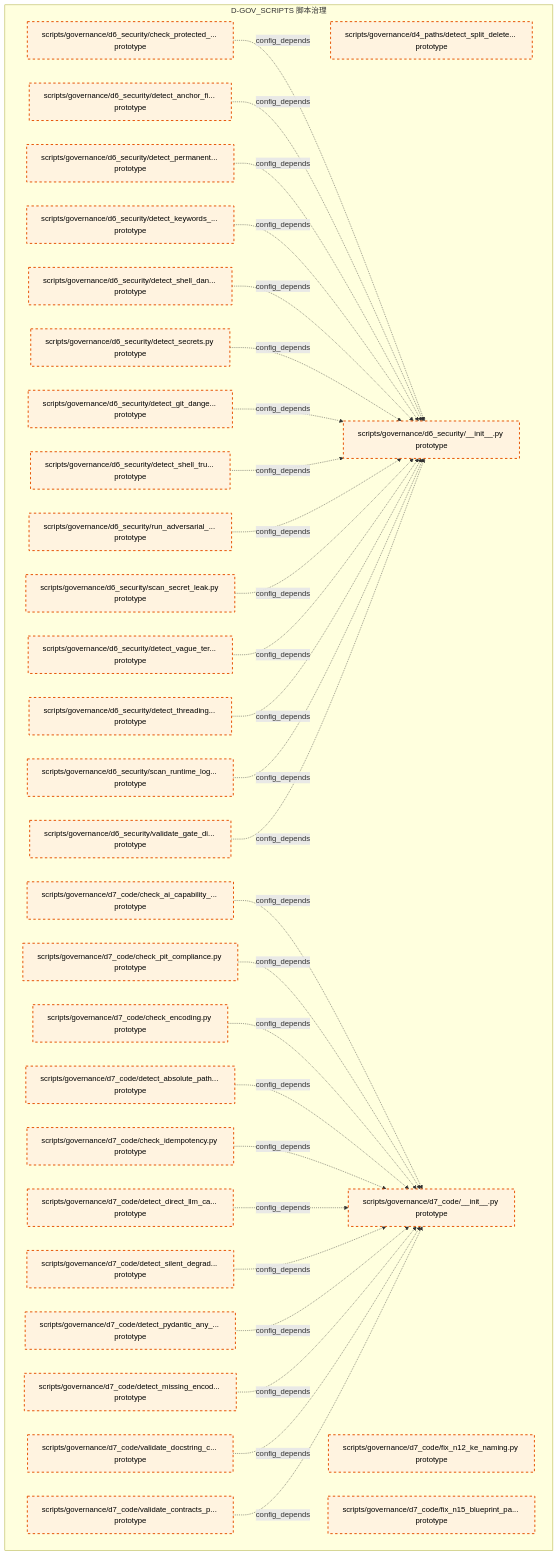
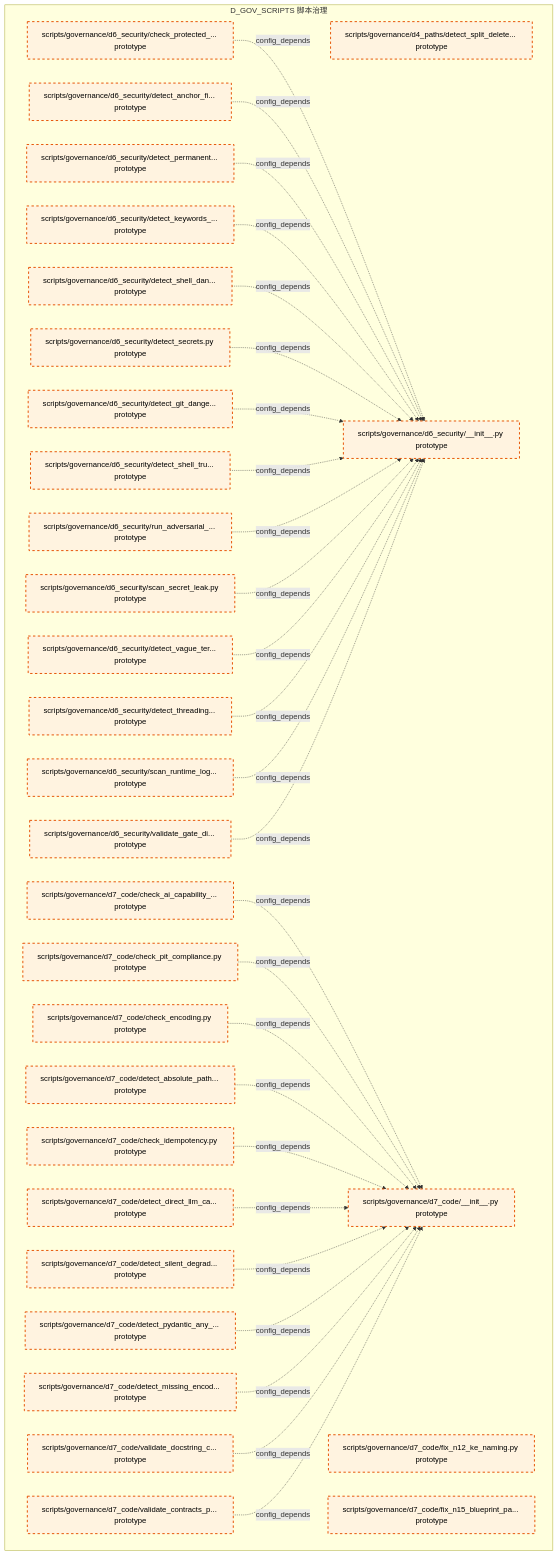
Before and after one commit to xuanFelixVan/ZephyrAlpha: the eighth of 14 diagrams in docs/02_enterprise_architecture/02_domain_architecture_docs/39_d_gov_scripts.md, drawn with Mermaid. The commit also changed other lines of this file and 106 other files, not shown here.

````diff
--- a/docs/02_enterprise_architecture/02_domain_architecture_docs/39_d_gov_scripts.md
+++ b/docs/02_enterprise_architecture/02_domain_architecture_docs/39_d_gov_scripts.md
@@ -517,65 +517,65 @@
 ```mermaid
 graph TD
-    subgraph D_GOV_SCRIPTS["D-GOV_SCRIPTS 脚本治理"]
+    subgraph D_GOV_SCRIPTS["D_GOV_SCRIPTS 脚本治理"]
         scripts_governance_d4_paths_detect_split_delete_ref_commit_py["scripts/governance/d4_paths/detect_split_delete... prototype"]
         scripts_governance_d6_security_init_py["scripts/governance/d6_security/__init__.py prototype"]
         scripts_governance_d6_security_check_protected_paths_py["scripts/governance/d6_security/check_protected_... prototype"]
         scripts_governance_d6_security_detect_anchor_file_deletion_py["scripts/governance/d6_security/detect_anchor_fi... prototype"]
         scripts_governance_d6_security_detect_git_dangerous_py["scripts/governance/d6_security/detect_git_dange... prototype"]
         scripts_governance_d6_security_detect_keywords_in_logs_py["scripts/governance/d6_security/detect_keywords_... prototype"]
         scripts_governance_d6_security_detect_permanent_file_deletion_py["scripts/governance/d6_security/detect_permanent... prototype"]
         scripts_governance_d6_security_detect_secrets_py["scripts/governance/d6_security/detect_secrets.py prototype"]
         scripts_governance_d6_security_detect_shell_dangerous_py["scripts/governance/d6_security/detect_shell_dan... prototype"]
         scripts_governance_d6_security_detect_shell_true_py["scripts/governance/d6_security/detect_shell_tru... prototype"]
         scripts_governance_d6_security_detect_threading_lock_py["scripts/governance/d6_security/detect_threading... prototype"]
         scripts_governance_d6_security_detect_vague_terms_py["scripts/governance/d6_security/detect_vague_ter... prototype"]
         scripts_governance_d6_security_run_adversarial_checks_py["scripts/governance/d6_security/run_adversarial_... prototype"]
         scripts_governance_d6_security_scan_runtime_log_secrets_py["scripts/governance/d6_security/scan_runtime_log... prototype"]
         scripts_governance_d6_security_scan_secret_leak_py["scripts/governance/d6_security/scan_secret_leak.py prototype"]
         scripts_governance_d6_security_validate_gate_discipline_py["scripts/governance/d6_security/validate_gate_di... prototype"]
         scripts_governance_d7_code_init_py["scripts/governance/d7_code/__init__.py prototype"]
         scripts_governance_d7_code_check_ai_capability_boundary_py["scripts/governance/d7_code/check_ai_capability_... prototype"]
         scripts_governance_d7_code_check_encoding_py["scripts/governance/d7_code/check_encoding.py prototype"]
         scripts_governance_d7_code_check_idempotency_py["scripts/governance/d7_code/check_idempotency.py prototype"]
         scripts_governance_d7_code_check_pit_compliance_py["scripts/governance/d7_code/check_pit_compliance.py prototype"]
         scripts_governance_d7_code_detect_absolute_path_hardcoding_py["scripts/governance/d7_code/detect_absolute_path... prototype"]
         scripts_governance_d7_code_detect_direct_llm_calls_py["scripts/governance/d7_code/detect_direct_llm_ca... prototype"]
         scripts_governance_d7_code_detect_missing_encoding_py["scripts/governance/d7_code/detect_missing_encod... prototype"]
         scripts_governance_d7_code_detect_pydantic_any_fields_py["scripts/governance/d7_code/detect_pydantic_any_... prototype"]
         scripts_governance_d7_code_detect_silent_degradation_py["scripts/governance/d7_code/detect_silent_degrad... prototype"]
         scripts_governance_d7_code_fix_n12_ke_naming_py["scripts/governance/d7_code/fix_n12_ke_naming.py prototype"]
         scripts_governance_d7_code_fix_n15_blueprint_path_py["scripts/governance/d7_code/fix_n15_blueprint_pa... prototype"]
         scripts_governance_d7_code_validate_contracts_purity_py["scripts/governance/d7_code/validate_contracts_p... prototype"]
         scripts_governance_d7_code_validate_docstring_coverage_py["scripts/governance/d7_code/validate_docstring_c... prototype"]
     end
     scripts_governance_d6_security_check_protected_paths_py -.->|config_depends| scripts_governance_d6_security_init_py
     scripts_governance_d6_security_detect_anchor_file_deletion_py -.->|config_depends| scripts_governance_d6_security_init_py
     scripts_governance_d6_security_detect_permanent_file_deletion_py -.->|config_depends| scripts_governance_d6_security_init_py
     scripts_governance_d6_security_detect_keywords_in_logs_py -.->|config_depends| scripts_governance_d6_security_init_py
     scripts_governance_d6_security_detect_shell_dangerous_py -.->|config_depends| scripts_governance_d6_security_init_py
     scripts_governance_d6_security_detect_secrets_py -.->|config_depends| scripts_governance_d6_security_init_py
     scripts_governance_d6_security_detect_git_dangerous_py -.->|config_depends| scripts_governance_d6_security_init_py
     scripts_governance_d6_security_detect_shell_true_py -.->|config_depends| scripts_governance_d6_security_init_py
     scripts_governance_d6_security_run_adversarial_checks_py -.->|config_depends| scripts_governance_d6_security_init_py
     scripts_governance_d6_security_scan_secret_leak_py -.->|config_depends| scripts_governance_d6_security_init_py
     scripts_governance_d6_security_detect_vague_terms_py -.->|config_depends| scripts_governance_d6_security_init_py
     scripts_governance_d6_security_detect_threading_lock_py -.->|config_depends| scripts_governance_d6_security_init_py
     scripts_governance_d6_security_scan_runtime_log_secrets_py -.->|config_depends| scripts_governance_d6_security_init_py
     scripts_governance_d6_security_validate_gate_discipline_py -.->|config_depends| scripts_governance_d6_security_init_py
     scripts_governance_d7_code_check_ai_capability_boundary_py -.->|config_depends| scripts_governance_d7_code_init_py
     scripts_governance_d7_code_check_pit_compliance_py -.->|config_depends| scripts_governance_d7_code_init_py
     scripts_governance_d7_code_check_encoding_py -.->|config_depends| scripts_governance_d7_code_init_py
     scripts_governance_d7_code_detect_absolute_path_hardcoding_py -.->|config_depends| scripts_governance_d7_code_init_py
     scripts_governance_d7_code_check_idempotency_py -.->|config_depends| scripts_governance_d7_code_init_py
     scripts_governance_d7_code_detect_direct_llm_calls_py -.->|config_depends| scripts_governance_d7_code_init_py
     scripts_governance_d7_code_detect_silent_degradation_py -.->|config_depends| scripts_governance_d7_code_init_py
     scripts_governance_d7_code_detect_pydantic_any_fields_py -.->|config_depends| scripts_governance_d7_code_init_py
     scripts_governance_d7_code_detect_missing_encoding_py -.->|config_depends| scripts_governance_d7_code_init_py
     scripts_governance_d7_code_validate_docstring_coverage_py -.->|config_depends| scripts_governance_d7_code_init_py
     scripts_governance_d7_code_validate_contracts_purity_py -.->|config_depends| scripts_governance_d7_code_init_py
     classDef production fill:#e1f5fe,stroke:#01579b,stroke-width:2px,color:#000
     classDef design fill:#fff3e0,stroke:#e65100,stroke-width:2px,color:#000,stroke-dasharray: 5 5
     classDef external_prod fill:#e8f5e9,stroke:#1b5e20,stroke-width:1px,color:#000
     classDef external_design fill:#fce4ec,stroke:#880e4f,stroke-width:1px,color:#000,stroke-dasharray: 5 5
     class scripts_governance_d4_paths_detect_split_delete_ref_commit_py,scripts_governance_d6_security_init_py,scripts_governance_d6_security_check_protected_paths_py,scripts_governance_d6_security_detect_anchor_file_deletion_py,scripts_governance_d6_security_detect_git_dangerous_py,scripts_governance_d6_security_detect_keywords_in_logs_py,scripts_governance_d6_security_detect_permanent_file_deletion_py,scripts_governance_d6_security_detect_secrets_py,scripts_governance_d6_security_detect_shell_dangerous_py,scripts_governance_d6_security_detect_shell_true_py,scripts_governance_d6_security_detect_threading_lock_py,scripts_governance_d6_security_detect_vague_terms_py,scripts_governance_d6_security_run_adversarial_checks_py,scripts_governance_d6_security_scan_runtime_log_secrets_py,scripts_governance_d6_security_scan_secret_leak_py,scripts_governance_d6_security_validate_gate_discipline_py,scripts_governance_d7_code_init_py,scripts_governance_d7_code_check_ai_capability_boundary_py,scripts_governance_d7_code_check_encoding_py,scripts_governance_d7_code_check_idempotency_py,scripts_governance_d7_code_check_pit_compliance_py,scripts_governance_d7_code_detect_absolute_path_hardcoding_py,scripts_governance_d7_code_detect_direct_llm_calls_py,scripts_governance_d7_code_detect_missing_encoding_py,scripts_governance_d7_code_detect_pydantic_any_fields_py,scripts_governance_d7_code_detect_silent_degradation_py,scripts_governance_d7_code_fix_n12_ke_naming_py,scripts_governance_d7_code_fix_n15_blueprint_path_py,scripts_governance_d7_code_validate_contracts_purity_py,scripts_governance_d7_code_validate_docstring_coverage_py design
 ```
````
